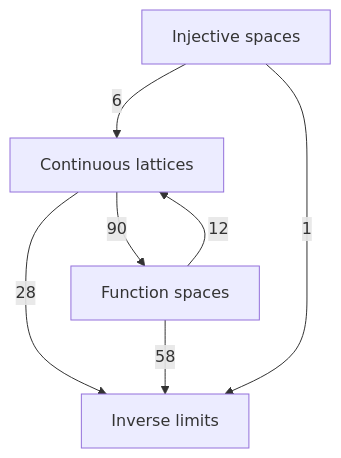
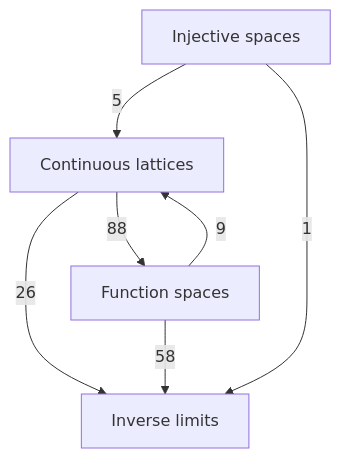
Before and after one commit to catskillsresearch/DomainTheory: the diagram in DomainTheory/1972_ContinuousLattices.mermaid, drawn with Mermaid. The commit also changed 54 other files, not shown here.

```diff
--- a/DomainTheory/1972_ContinuousLattices.mermaid
+++ b/DomainTheory/1972_ContinuousLattices.mermaid
@@ -1,17 +1,17 @@
 %% Each box is one section from 1972_ContinuousLattices.md (Introduction omitted).
 %% Arrowhead on the importer. The number is a direct-import count between sections.
 flowchart TB
 
   CL["Continuous lattices"]
   FS["Function spaces"]
   INJ["Injective spaces"]
   LIM["Inverse limits"]
 
-  FS -->|"12"| CL
-  INJ -->|"6"| CL
-  CL -->|"90"| FS
-  CL -->|"28"| LIM
+  FS -->|"9"| CL
+  INJ -->|"5"| CL
+  CL -->|"88"| FS
+  CL -->|"26"| LIM
   FS -->|"58"| LIM
   INJ -->|"1"| LIM
 
   classDef section fill:#dbeafe,stroke:#1d4ed8,color:#1e3a8a
```
